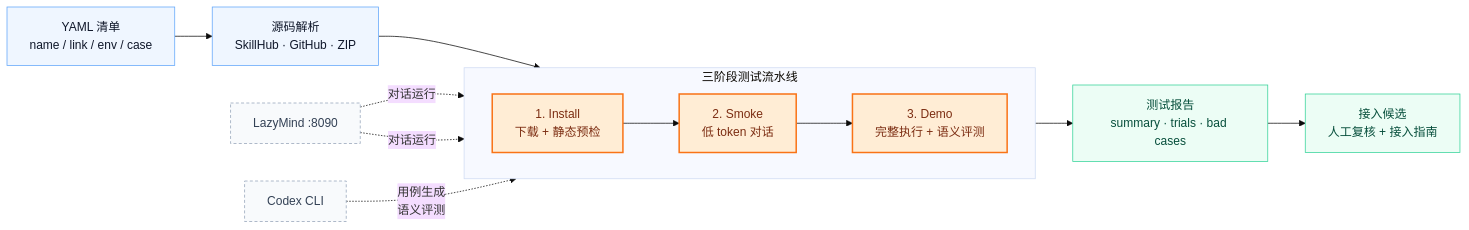
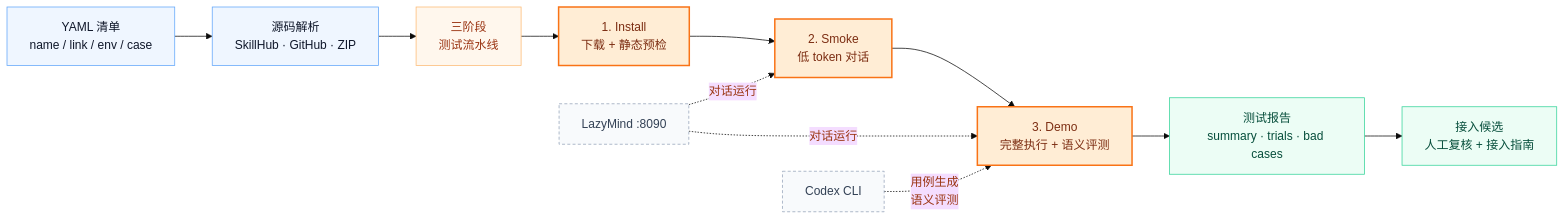
One commit to chenzhex/skill-auto changed the diagram in README.zh-CN.md. Above: the diagram before and after it, drawn with Mermaid (base theme). The commit also changed 1 other file, not shown here.

Commit message:
Refine README diagram layout

````diff
--- a/README.zh-CN.md
+++ b/README.zh-CN.md
@@ -11,30 +11,26 @@
 ```mermaid
 flowchart LR
     A["YAML 清单<br/>name / link / env / case"] --> B["源码解析<br/>SkillHub · GitHub · ZIP"]
-
-    subgraph P["三阶段测试流水线"]
-        direction LR
-        C["1. Install<br/>下载 + 静态预检"]
-        D["2. Smoke<br/>低 token 对话"]
-        E["3. Demo<br/>完整执行 + 语义评测"]
-        C --> D --> E
-    end
-
-    B --> C
+    B --> T["三阶段<br/>测试流水线"]
+    T --> C["1. Install<br/>下载 + 静态预检"]
+    C --> D["2. Smoke<br/>低 token 对话"]
+    D --> E["3. Demo<br/>完整执行 + 语义评测"]
     E --> F["测试报告<br/>summary · trials · bad cases"]
     F --> G["接入候选<br/>人工复核 + 接入指南"]
 
     L["LazyMind :8090"] -. 对话运行 .-> D
     L -. 对话运行 .-> E
     X["Codex CLI"] -. 用例生成<br/>语义评测 .-> E
 
     classDef input fill:#eff6ff,stroke:#60a5fa,color:#0f172a;
+    classDef label fill:#fff7ed,stroke:#fdba74,color:#9a3412;
     classDef stage fill:#ffedd5,stroke:#f97316,color:#7c2d12,stroke-width:2px;
     classDef output fill:#ecfdf5,stroke:#34d399,color:#064e3b;
     classDef support fill:#f8fafc,stroke:#94a3b8,color:#334155,stroke-dasharray: 4 3;
 
     class A,B input;
+    class T label;
     class C,D,E stage;
     class F,G output;
     class L,X support;
 ```
````
